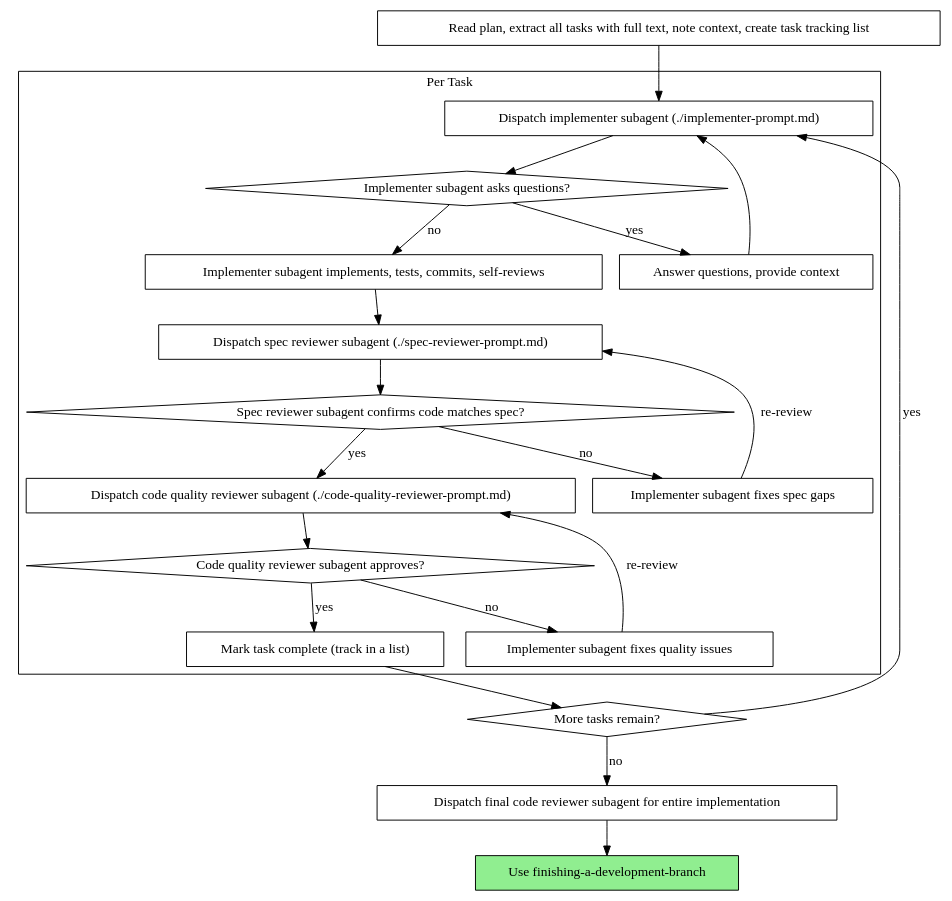
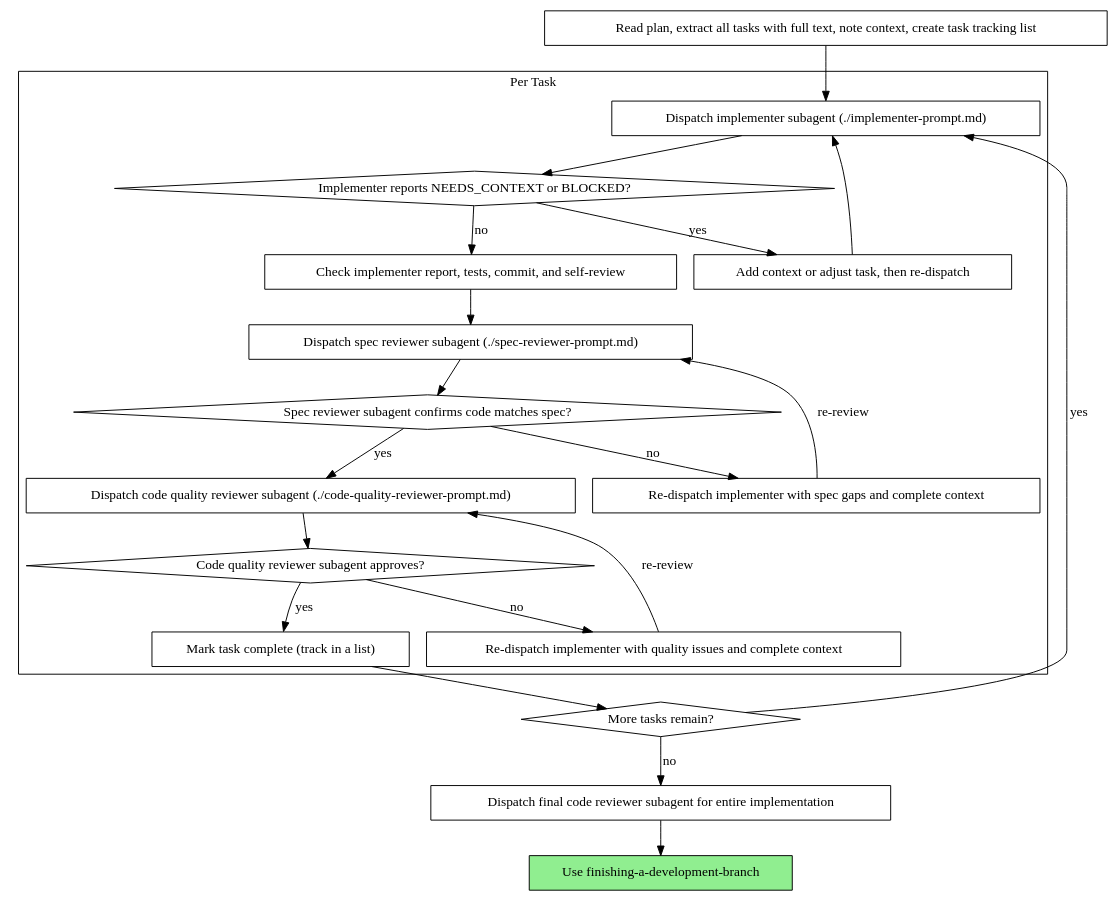
One commit to naripok/tau-superpowers changed the second of 2 diagrams in skills/subagent-driven-development/SKILL.md. Above: the diagram before and after it, drawn with Graphviz. The commit also changed other lines of this file and 11 other files, not shown here.

````diff
--- a/skills/subagent-driven-development/SKILL.md
+++ b/skills/subagent-driven-development/SKILL.md
@@ -48,44 +48,44 @@
 ```dot
 digraph process {
     rankdir=TB;
 
     subgraph cluster_per_task {
         label="Per Task";
         "Dispatch implementer subagent (./implementer-prompt.md)" [shape=box];
-        "Implementer subagent asks questions?" [shape=diamond];
-        "Answer questions, provide context" [shape=box];
-        "Implementer subagent implements, tests, commits, self-reviews" [shape=box];
+        "Implementer reports NEEDS_CONTEXT or BLOCKED?" [shape=diamond];
+        "Add context or adjust task, then re-dispatch" [shape=box];
+        "Check implementer report, tests, commit, and self-review" [shape=box];
         "Dispatch spec reviewer subagent (./spec-reviewer-prompt.md)" [shape=box];
         "Spec reviewer subagent confirms code matches spec?" [shape=diamond];
-        "Implementer subagent fixes spec gaps" [shape=box];
+        "Re-dispatch implementer with spec gaps and complete context" [shape=box];
         "Dispatch code quality reviewer subagent (./code-quality-reviewer-prompt.md)" [shape=box];
         "Code quality reviewer subagent approves?" [shape=diamond];
-        "Implementer subagent fixes quality issues" [shape=box];
+        "Re-dispatch implementer with quality issues and complete context" [shape=box];
         "Mark task complete (track in a list)" [shape=box];
     }
 
     "Read plan, extract all tasks with full text, note context, create task tracking list" [shape=box];
     "More tasks remain?" [shape=diamond];
     "Dispatch final code reviewer subagent for entire implementation" [shape=box];
     "Use finishing-a-development-branch" [shape=box style=filled fillcolor=lightgreen];
 
     "Read plan, extract all tasks with full text, note context, create task tracking list" -> "Dispatch implementer subagent (./implementer-prompt.md)";
-    "Dispatch implementer subagent (./implementer-prompt.md)" -> "Implementer subagent asks questions?";
-    "Implementer subagent asks questions?" -> "Answer questions, provide context" [label="yes"];
-    "Answer questions, provide context" -> "Dispatch implementer subagent (./implementer-prompt.md)";
-    "Implementer subagent asks questions?" -> "Implementer subagent implements, tests, commits, self-reviews" [label="no"];
-    "Implementer subagent implements, tests, commits, self-reviews" -> "Dispatch spec reviewer subagent (./spec-reviewer-prompt.md)";
+    "Dispatch implementer subagent (./implementer-prompt.md)" -> "Implementer reports NEEDS_CONTEXT or BLOCKED?";
+    "Implementer reports NEEDS_CONTEXT or BLOCKED?" -> "Add context or adjust task, then re-dispatch" [label="yes"];
+    "Add context or adjust task, then re-dispatch" -> "Dispatch implementer subagent (./implementer-prompt.md)";
+    "Implementer reports NEEDS_CONTEXT or BLOCKED?" -> "Check implementer report, tests, commit, and self-review" [label="no"];
+    "Check implementer report, tests, commit, and self-review" -> "Dispatch spec reviewer subagent (./spec-reviewer-prompt.md)";
     "Dispatch spec reviewer subagent (./spec-reviewer-prompt.md)" -> "Spec reviewer subagent confirms code matches spec?";
-    "Spec reviewer subagent confirms code matches spec?" -> "Implementer subagent fixes spec gaps" [label="no"];
-    "Implementer subagent fixes spec gaps" -> "Dispatch spec reviewer subagent (./spec-reviewer-prompt.md)" [label="re-review"];
+    "Spec reviewer subagent confirms code matches spec?" -> "Re-dispatch implementer with spec gaps and complete context" [label="no"];
+    "Re-dispatch implementer with spec gaps and complete context" -> "Dispatch spec reviewer subagent (./spec-reviewer-prompt.md)" [label="re-review"];
     "Spec reviewer subagent confirms code matches spec?" -> "Dispatch code quality reviewer subagent (./code-quality-reviewer-prompt.md)" [label="yes"];
     "Dispatch code quality reviewer subagent (./code-quality-reviewer-prompt.md)" -> "Code quality reviewer subagent approves?";
-    "Code quality reviewer subagent approves?" -> "Implementer subagent fixes quality issues" [label="no"];
-    "Implementer subagent fixes quality issues" -> "Dispatch code quality reviewer subagent (./code-quality-reviewer-prompt.md)" [label="re-review"];
+    "Code quality reviewer subagent approves?" -> "Re-dispatch implementer with quality issues and complete context" [label="no"];
+    "Re-dispatch implementer with quality issues and complete context" -> "Dispatch code quality reviewer subagent (./code-quality-reviewer-prompt.md)" [label="re-review"];
     "Code quality reviewer subagent approves?" -> "Mark task complete (track in a list)" [label="yes"];
     "Mark task complete (track in a list)" -> "More tasks remain?";
     "More tasks remain?" -> "Dispatch implementer subagent (./implementer-prompt.md)" [label="yes"];
     "More tasks remain?" -> "Dispatch final code reviewer subagent for entire implementation" [label="no"];
     "Dispatch final code reviewer subagent for entire implementation" -> "Use finishing-a-development-branch";
 }
 ```
````
